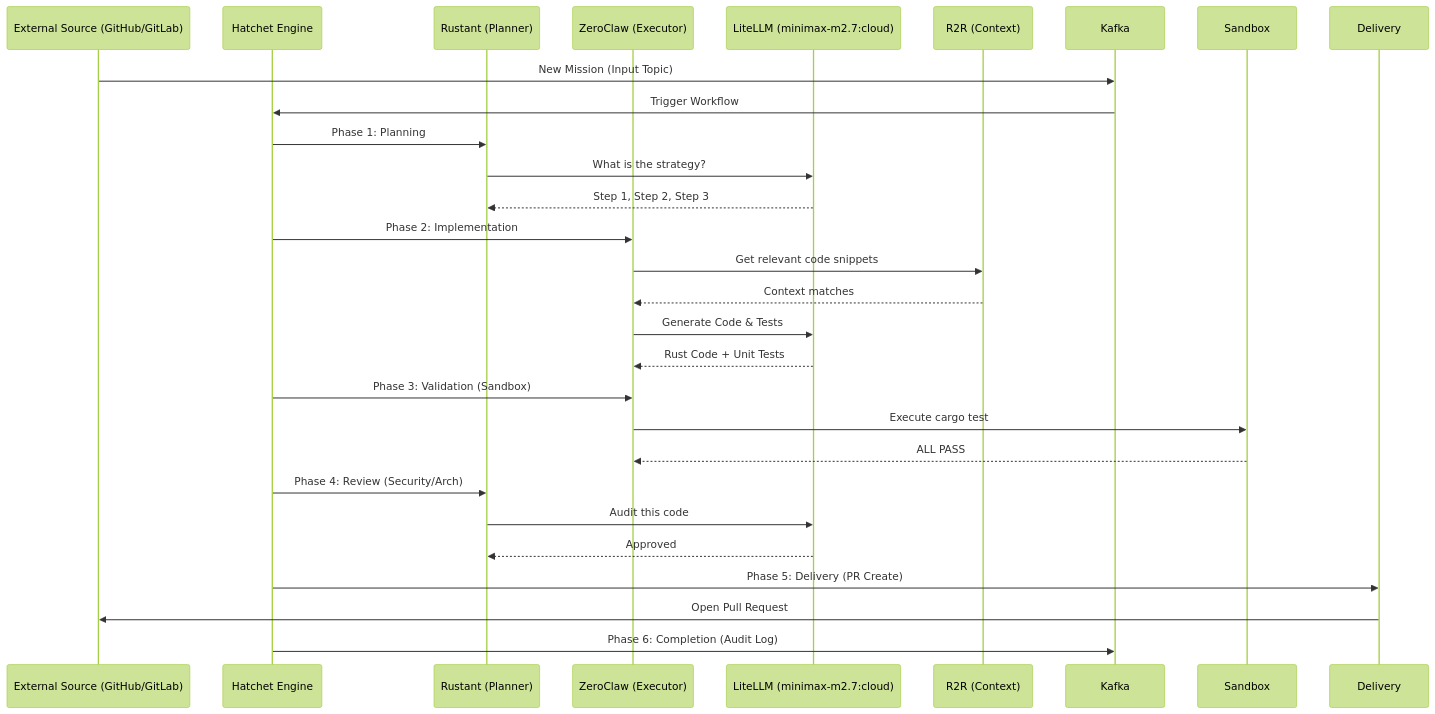
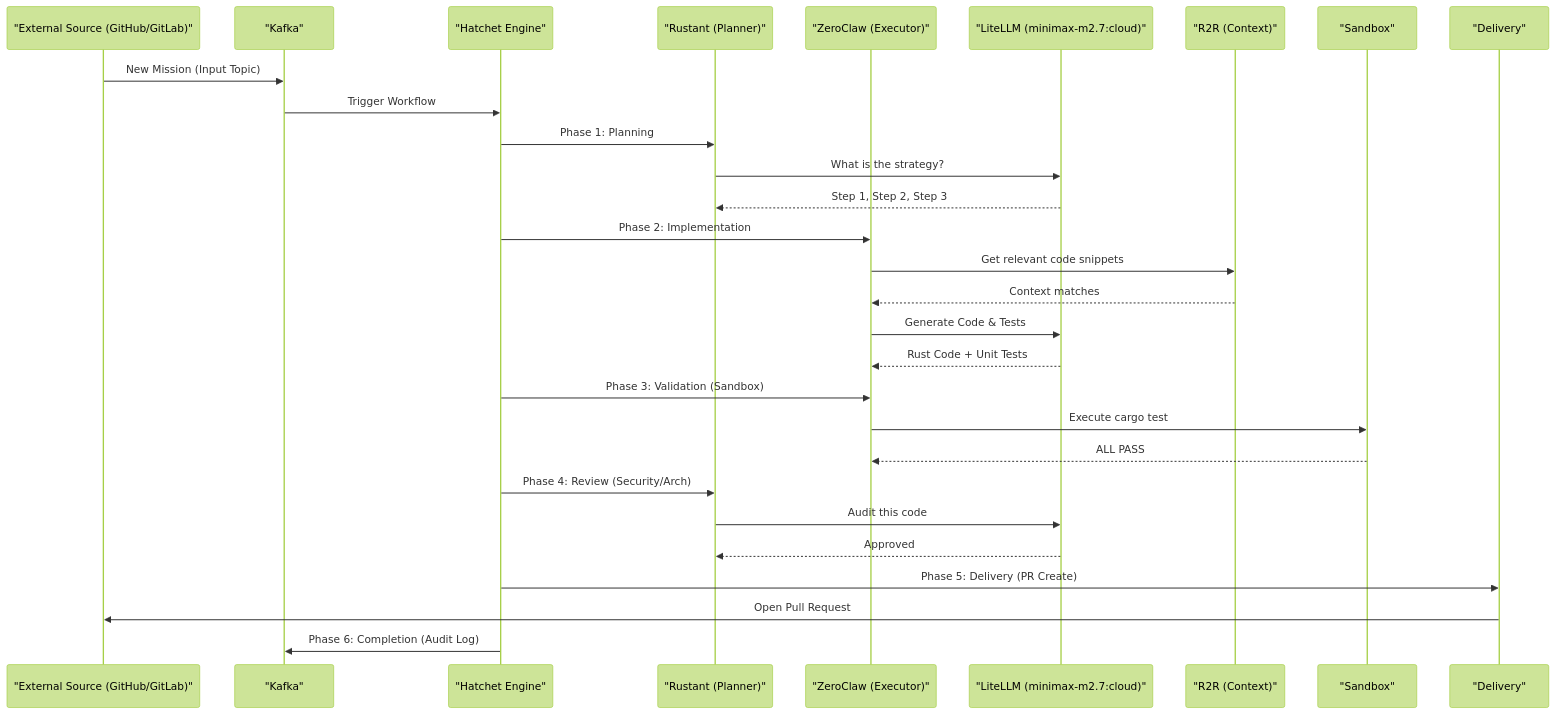
The first of 2 diagrams in wiki/EXPERIMENT-LIFECYCLE.md (lgcorzo/rust_CACD_autonomous_factory), drawn with Mermaid (forest theme) before and after one commit. The commit also changed other lines of this file and 5 other files, not shown here.

Commit message:
docs(wiki): fix mermaid diagram rendering syntax and correct broken links

````diff
--- a/wiki/EXPERIMENT-LIFECYCLE.md
+++ b/wiki/EXPERIMENT-LIFECYCLE.md
@@ -11,29 +11,32 @@
 ```mermaid
 sequenceDiagram
-    participant GH as External Source (GitHub/GitLab)
-    participant Hatchet as Hatchet Engine
-    participant RU as Rustant (Planner)
-    participant ZC as ZeroClaw (Executor)
-    participant LLM as LiteLLM (minimax-m2.7:cloud)
-    participant R2R as R2R (Context)
+    participant GH as "External Source (GitHub/GitLab)"
+    participant Kafka as "Kafka"
+    participant Hatchet as "Hatchet Engine"
+    participant RU as "Rustant (Planner)"
+    participant ZC as "ZeroClaw (Executor)"
+    participant LLM as "LiteLLM (minimax-m2.7:cloud)"
+    participant R2R as "R2R (Context)"
+    participant Sandbox as "Sandbox"
+    participant Delivery as "Delivery"
 
     GH->>Kafka: New Mission (Input Topic)
     Kafka->>Hatchet: Trigger Workflow
     Hatchet->>RU: Phase 1: Planning
     RU->>LLM: What is the strategy?
     LLM-->>RU: Step 1, Step 2, Step 3
     Hatchet->>ZC: Phase 2: Implementation
     ZC->>R2R: Get relevant code snippets
     R2R-->>ZC: Context matches
     ZC->>LLM: Generate Code & Tests
     LLM-->>ZC: Rust Code + Unit Tests
     Hatchet->>ZC: Phase 3: Validation (Sandbox)
     ZC->>Sandbox: Execute cargo test
     Sandbox-->>ZC: ALL PASS
     Hatchet->>RU: Phase 4: Review (Security/Arch)
     RU->>LLM: Audit this code
     LLM-->>RU: Approved
     Hatchet->>Delivery: Phase 5: Delivery (PR Create)
     Delivery->>GH: Open Pull Request
     Hatchet->>Kafka: Phase 6: Completion (Audit Log)
 ```
````
